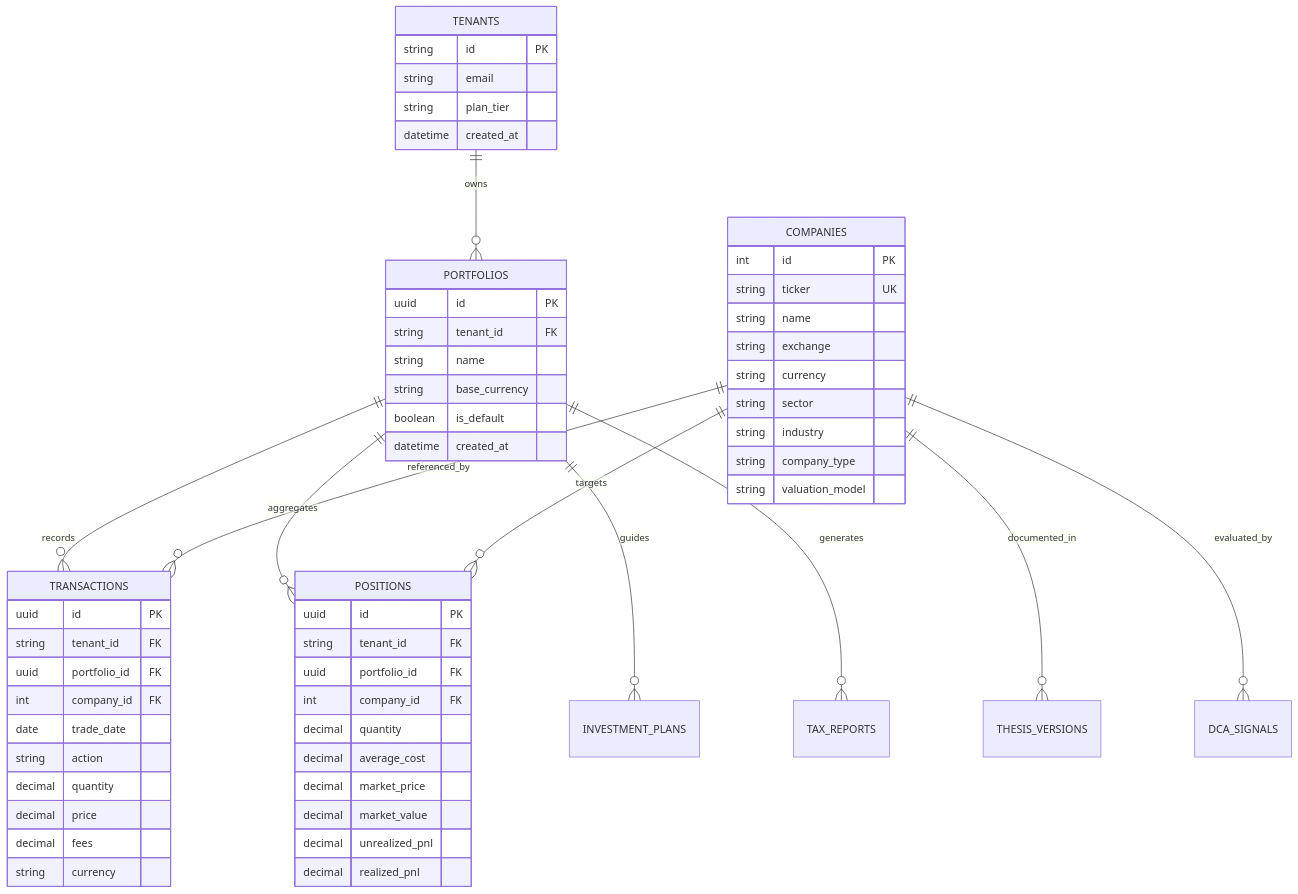
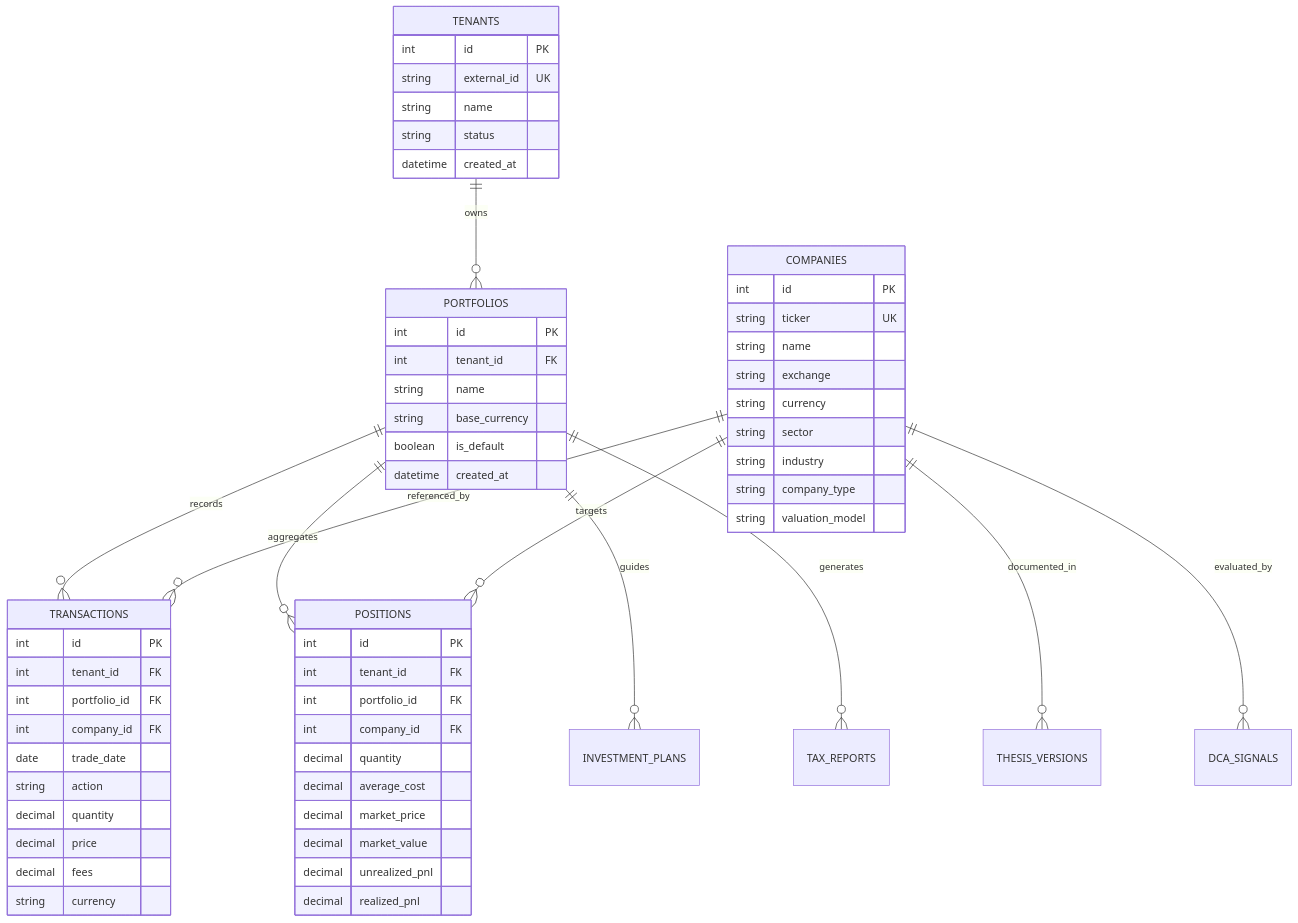
One commit to nicogarrr/GerarAI changed the second of 2 diagrams in docs/ARCHITECTURE.md. Above: the diagram before and after it, drawn with Mermaid. The commit also changed other lines of this file, not shown here.

Commit message:
docs(architecture): el diagrama ER y el pool reflejan el modelo real
Verificado contra data-engine/app/models/entities.py y app/core/config.py:
- tenants: id int PK, external_id UK, name, status (no email/plan_tier).
- portfolios/transactions/positions: claves int (no uuid); tenant_id int FK.
- Pool SQLAlchemy: default 10+10; compose prod fija backend 20+10 y workers
  4+2 (DB_POOL_SIZE/DB_MAX_OVERFLOW). El doc decia overflow 20.

````diff
--- a/docs/ARCHITECTURE.md
+++ b/docs/ARCHITECTURE.md
@@ -83,66 +83,67 @@
 ```mermaid
 erDiagram
     TENANTS ||--o{ PORTFOLIOS : owns
     PORTFOLIOS ||--o{ TRANSACTIONS : records
     PORTFOLIOS ||--o{ POSITIONS : aggregates
     PORTFOLIOS ||--o{ INVESTMENT_PLANS : guides
     PORTFOLIOS ||--o{ TAX_REPORTS : generates
     COMPANIES ||--o{ TRANSACTIONS : referenced_by
     COMPANIES ||--o{ POSITIONS : targets
     COMPANIES ||--o{ THESIS_VERSIONS : documented_in
     COMPANIES ||--o{ DCA_SIGNALS : evaluated_by
 
     TENANTS {
-        string id PK
-        string email
-        string plan_tier
+        int id PK
+        string external_id UK
+        string name
+        string status
         datetime created_at
     }
 
     PORTFOLIOS {
-        uuid id PK
-        string tenant_id FK
+        int id PK
+        int tenant_id FK
         string name
         string base_currency
         boolean is_default
         datetime created_at
     }
 
     COMPANIES {
         int id PK
         string ticker UK
         string name
         string exchange
         string currency
         string sector
         string industry
         string company_type
         string valuation_model
     }
 
     TRANSACTIONS {
-        uuid id PK
-        string tenant_id FK
-        uuid portfolio_id FK
+        int id PK
+        int tenant_id FK
+        int portfolio_id FK
         int company_id FK
         date trade_date
         string action
         decimal quantity
         decimal price
         decimal fees
         string currency
     }
 
     POSITIONS {
-        uuid id PK
-        string tenant_id FK
-        uuid portfolio_id FK
+        int id PK
+        int tenant_id FK
+        int portfolio_id FK
         int company_id FK
         decimal quantity
         decimal average_cost
         decimal market_price
         decimal market_value
         decimal unrealized_pnl
         decimal realized_pnl
     }
 ```
````
